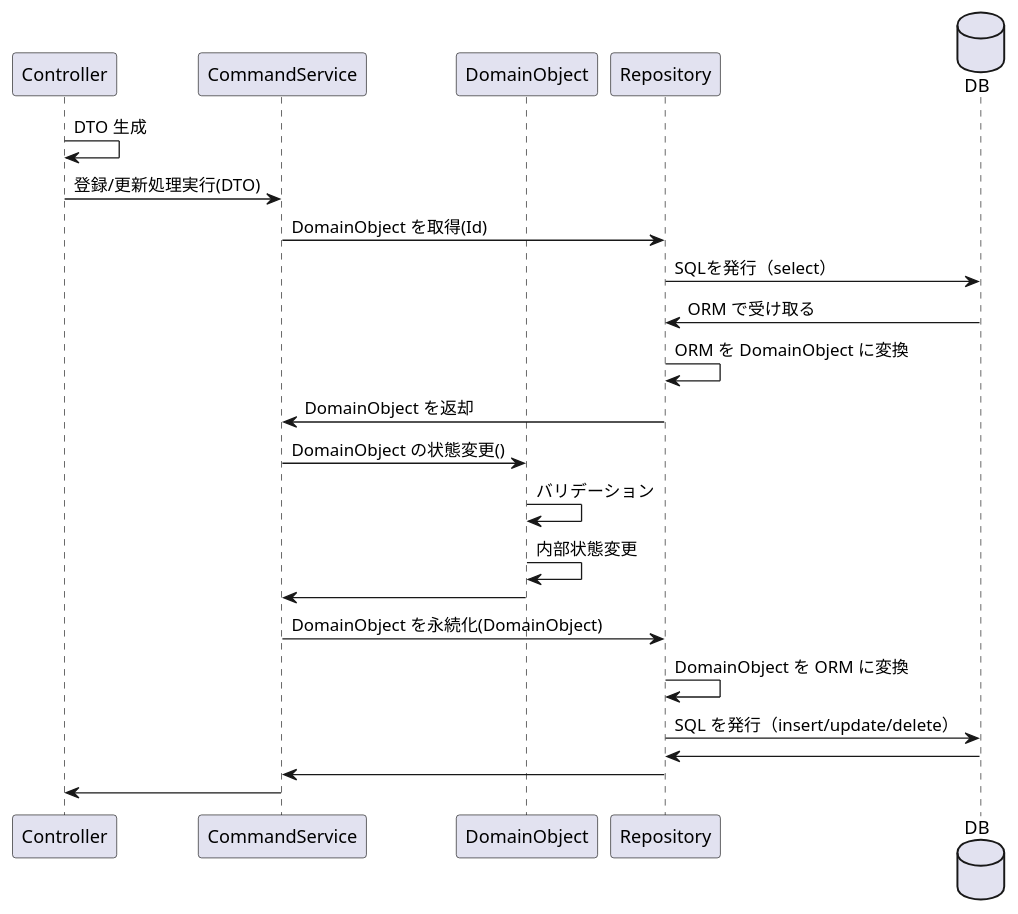
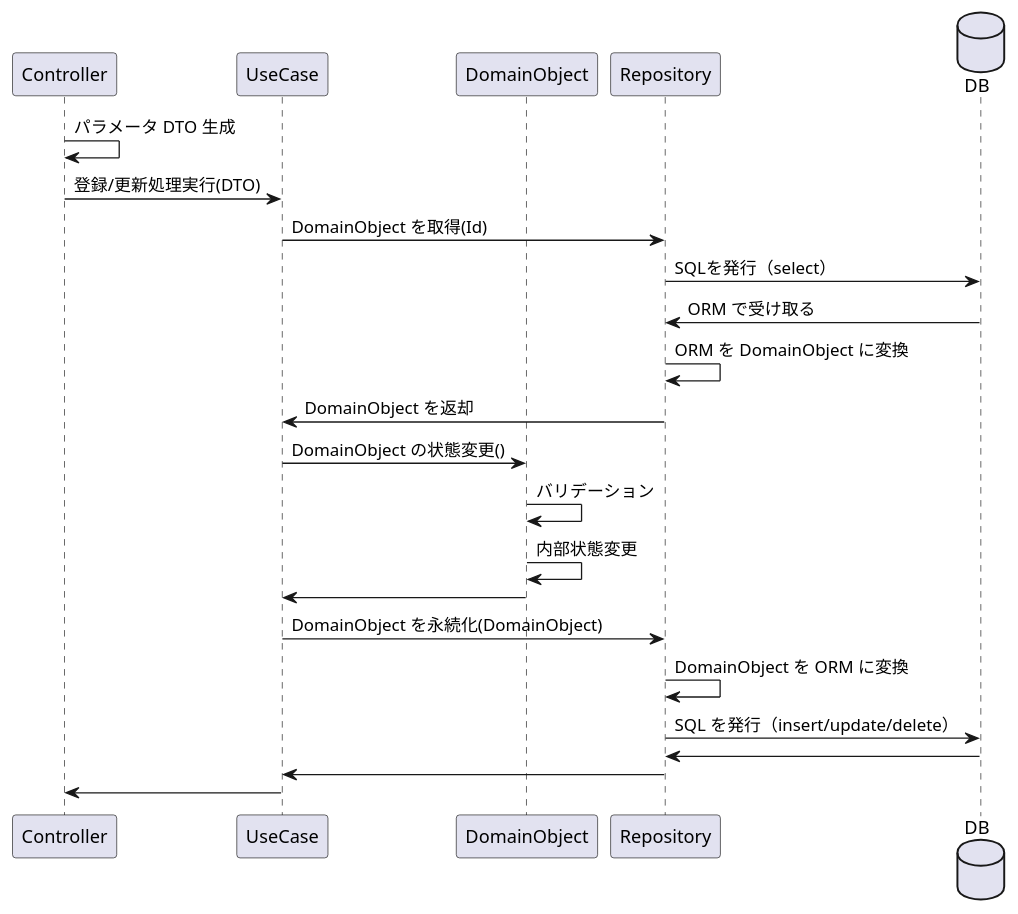
Before and after one commit to TakashiOnawa/ddd-architecture: the diagram in diagrams/LayerStructure_CommandFlow.pu, drawn with PlantUML. The commit also changed 7 other files, not shown here.

```diff
--- a/diagrams/LayerStructure_CommandFlow.pu
+++ b/diagrams/LayerStructure_CommandFlow.pu
@@ -1,27 +1,27 @@
 @startuml LayerStructure_CommandFlow
 
 participant Controller
-participant CommandService
+participant UseCase
 participant DomainObject
 participant Repository
 database DB
 
-Controller -> Controller: DTO 生成
-Controller -> CommandService: 登録/更新処理実行(DTO)
-CommandService -> Repository: DomainObject を取得(Id)
+Controller -> Controller: パラメータ DTO 生成
+Controller -> UseCase: 登録/更新処理実行(DTO)
+UseCase -> Repository: DomainObject を取得(Id)
 Repository -> DB: SQLを発行（select）
 DB -> Repository: ORM で受け取る
 Repository -> Repository: ORM を DomainObject に変換
-Repository -> CommandService: DomainObject を返却
-CommandService -> DomainObject: DomainObject の状態変更()
+Repository -> UseCase: DomainObject を返却
+UseCase -> DomainObject: DomainObject の状態変更()
 DomainObject -> DomainObject: バリデーション
 DomainObject -> DomainObject: 内部状態変更
-DomainObject -> CommandService
-CommandService -> Repository: DomainObject を永続化(DomainObject)
+DomainObject -> UseCase
+UseCase -> Repository: DomainObject を永続化(DomainObject)
 Repository -> Repository: DomainObject を ORM に変換
 Repository -> DB: SQL を発行（insert/update/delete）
 DB -> Repository
-Repository -> CommandService
-CommandService -> Controller
+Repository -> UseCase
+UseCase -> Controller
 
 @enduml
```
